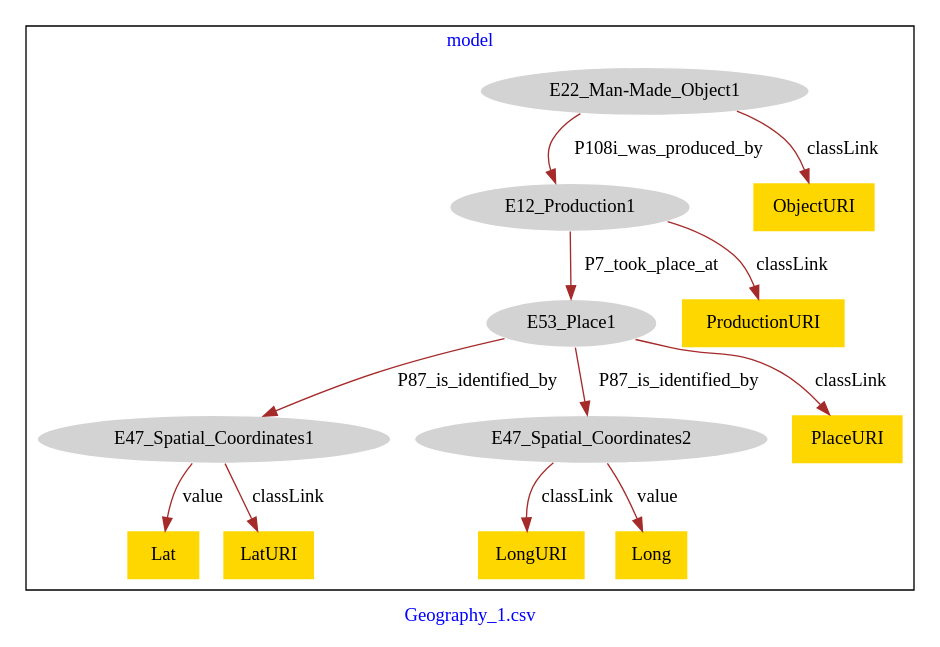
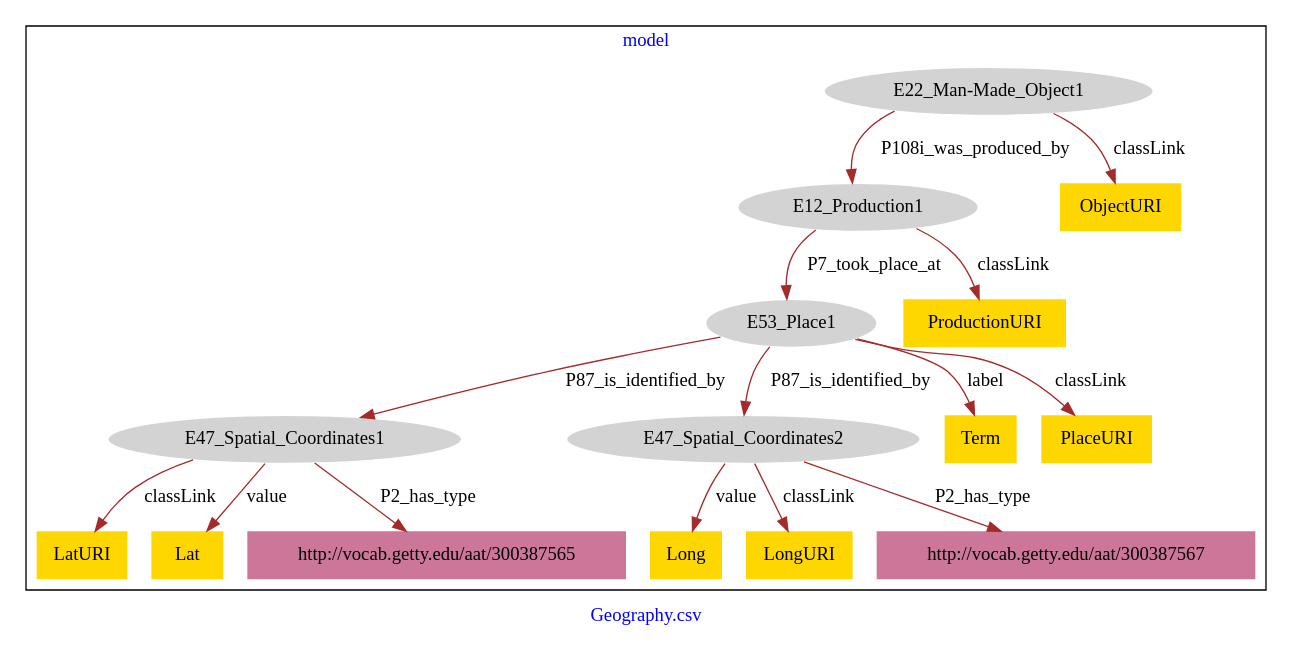
The diagram in Geography/Geography-model.dot (american-art/GM), drawn with Graphviz before and after one commit.

Commit message:
Update file Geography-model.dot

```diff
--- a/Geography/Geography-model.dot
+++ b/Geography/Geography-model.dot
@@ -1,31 +1,37 @@
 digraph n0 {
 fontcolor="blue"
 remincross="true"
-label="Geography_1.csv"
+label="Geography.csv"
 subgraph cluster {
 label="model"
 n2[style="filled",color="white",fillcolor="lightgray",label="E12_Production1"];
 n3[style="filled",color="white",fillcolor="lightgray",label="E53_Place1"];
 n4[style="filled",color="white",fillcolor="lightgray",label="E22_Man-Made_Object1"];
 n5[style="filled",color="white",fillcolor="lightgray",label="E47_Spatial_Coordinates1"];
 n6[style="filled",color="white",fillcolor="lightgray",label="E47_Spatial_Coordinates2"];
-n7[shape="plaintext",style="filled",fillcolor="gold",label="LongURI"];
-n8[shape="plaintext",style="filled",fillcolor="gold",label="Lat"];
-n9[shape="plaintext",style="filled",fillcolor="gold",label="Long"];
-n10[shape="plaintext",style="filled",fillcolor="gold",label="PlaceURI"];
-n11[shape="plaintext",style="filled",fillcolor="gold",label="ObjectURI"];
-n12[shape="plaintext",style="filled",fillcolor="gold",label="ProductionURI"];
-n13[shape="plaintext",style="filled",fillcolor="gold",label="LatURI"];
+n7[shape="plaintext",style="filled",fillcolor="gold",label="Term"];
+n8[shape="plaintext",style="filled",fillcolor="gold",label="Long"];
+n9[shape="plaintext",style="filled",fillcolor="gold",label="LatURI"];
+n10[shape="plaintext",style="filled",fillcolor="gold",label="Lat"];
+n11[shape="plaintext",style="filled",fillcolor="gold",label="ProductionURI"];
+n12[shape="plaintext",style="filled",fillcolor="gold",label="LongURI"];
+n13[shape="plaintext",style="filled",fillcolor="gold",label="ObjectURI"];
+n14[shape="plaintext",style="filled",fillcolor="gold",label="PlaceURI"];
+n15[shape="plaintext",style="filled",fillcolor="#CC7799",label="http://vocab.getty.edu/aat/300387567"];
+n16[shape="plaintext",style="filled",fillcolor="#CC7799",label="http://vocab.getty.edu/aat/300387565"];
 }
 n2 -> n3[color="brown",fontcolor="black",label="P7_took_place_at"]
 n4 -> n2[color="brown",fontcolor="black",label="P108i_was_produced_by"]
 n3 -> n5[color="brown",fontcolor="black",label="P87_is_identified_by"]
 n3 -> n6[color="brown",fontcolor="black",label="P87_is_identified_by"]
-n6 -> n7[color="brown",fontcolor="black",label="classLink"]
-n5 -> n8[color="brown",fontcolor="black",label="value"]
-n6 -> n9[color="brown",fontcolor="black",label="value"]
-n3 -> n10[color="brown",fontcolor="black",label="classLink"]
-n4 -> n11[color="brown",fontcolor="black",label="classLink"]
-n2 -> n12[color="brown",fontcolor="black",label="classLink"]
-n5 -> n13[color="brown",fontcolor="black",label="classLink"]
+n3 -> n7[color="brown",fontcolor="black",label="label"]
+n6 -> n8[color="brown",fontcolor="black",label="value"]
+n5 -> n9[color="brown",fontcolor="black",label="classLink"]
+n5 -> n10[color="brown",fontcolor="black",label="value"]
+n2 -> n11[color="brown",fontcolor="black",label="classLink"]
+n6 -> n12[color="brown",fontcolor="black",label="classLink"]
+n4 -> n13[color="brown",fontcolor="black",label="classLink"]
+n3 -> n14[color="brown",fontcolor="black",label="classLink"]
+n6 -> n15[color="brown",fontcolor="black",label="P2_has_type"]
+n5 -> n16[color="brown",fontcolor="black",label="P2_has_type"]
 }
```
